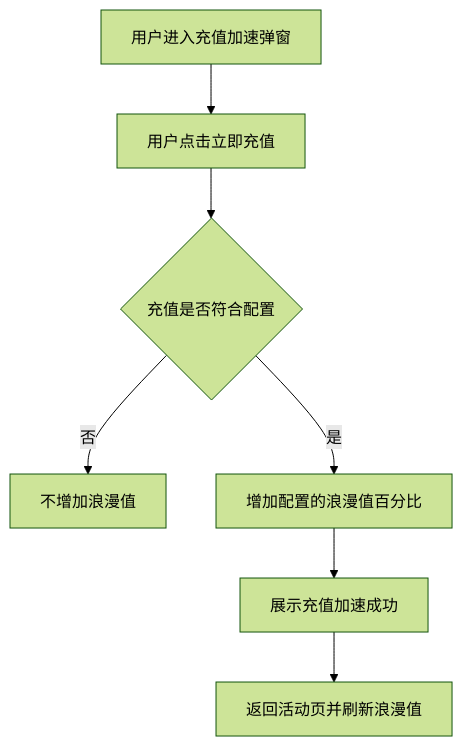
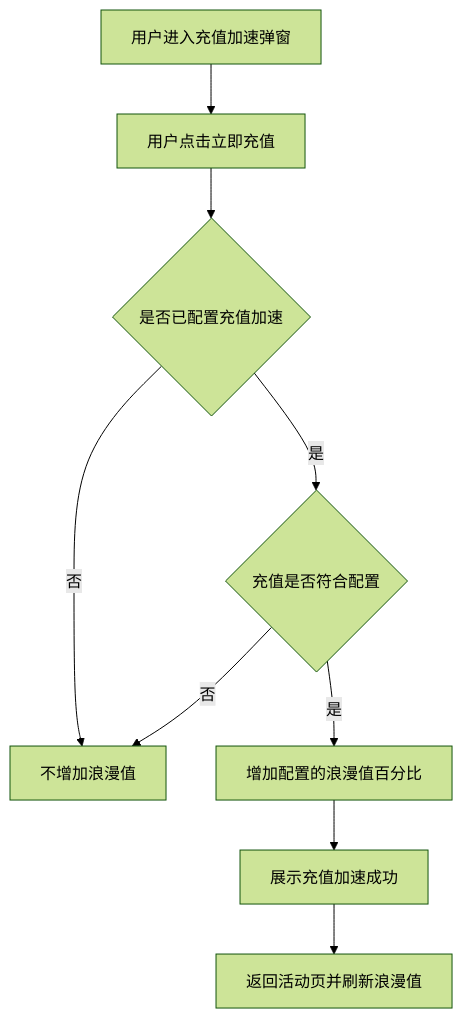
One commit to bala-luoluo/M3 changed the third of 6 diagrams in PRD_qixi_galaxy_box_activity_2026-07-31.md. Above: the diagram before and after it, drawn with Mermaid (forest theme). The commit also changed other lines of this file and 1 other file, not shown here.

````diff
--- a/PRD_qixi_galaxy_box_activity_2026-07-31.md
+++ b/PRD_qixi_galaxy_box_activity_2026-07-31.md
@@ -216,9 +219,11 @@
 ```mermaid
 flowchart TD
     A[用户进入充值加速弹窗] --> B[用户点击立即充值]
-    B --> C{充值是否符合配置}
+    B --> C{是否已配置充值加速}
     C -->|否| D[不增加浪漫值]
-    C -->|是| E[增加配置的浪漫值百分比]
-    E --> F[展示充值加速成功]
-    F --> G[返回活动页并刷新浪漫值]
+    C -->|是| E{充值是否符合配置}
+    E -->|否| D
+    E -->|是| F[增加配置的浪漫值百分比]
+    F --> G[展示充值加速成功]
+    G --> H[返回活动页并刷新浪漫值]
 ```
````
